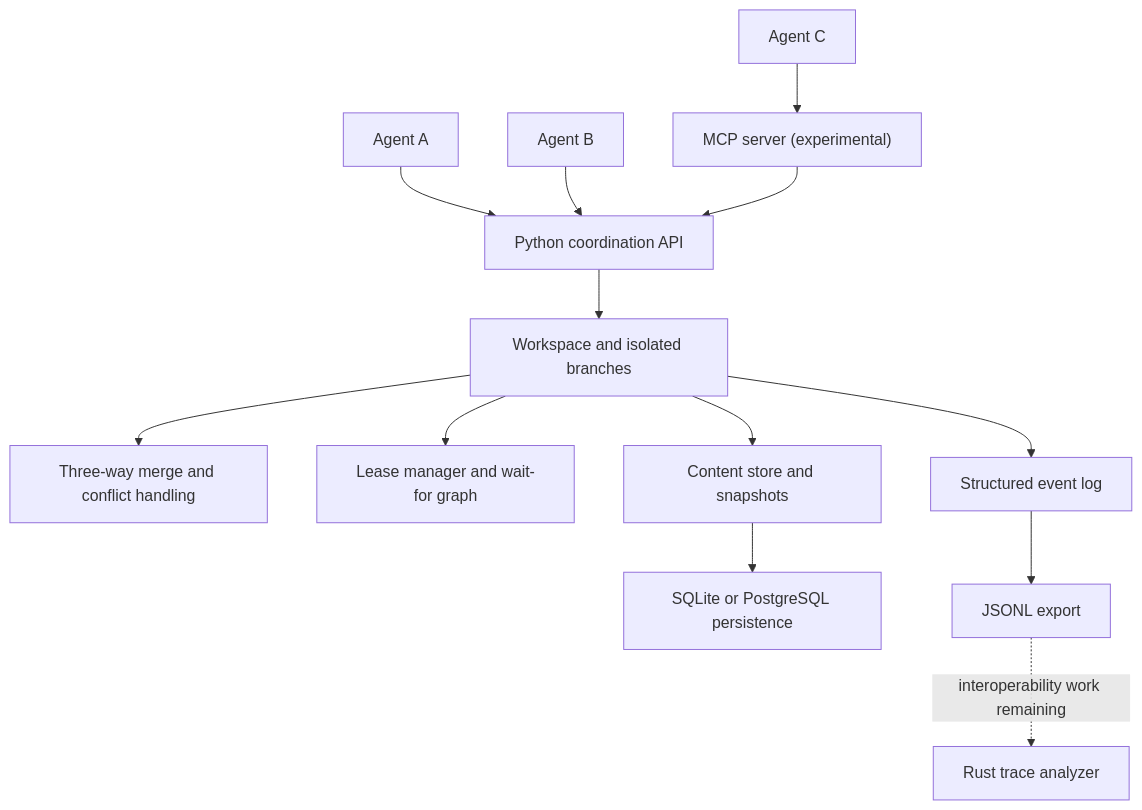
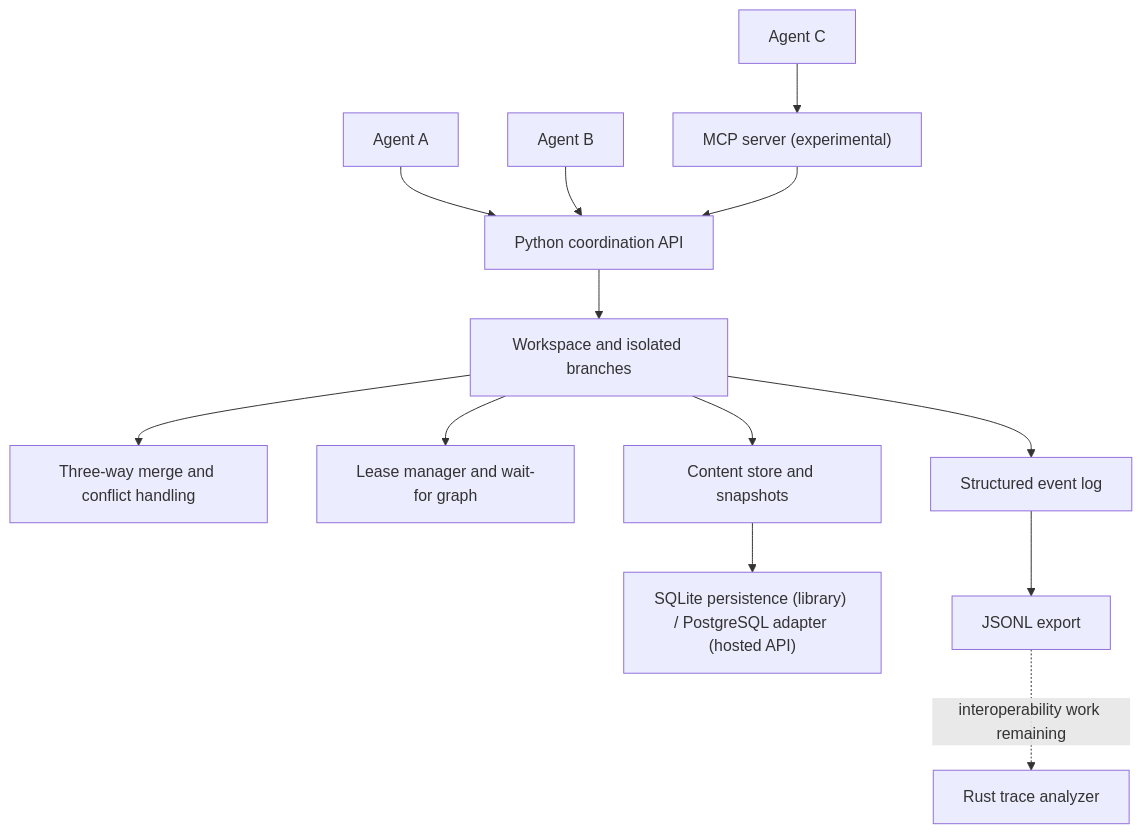
The diagram in README.md (chrismsmr-celcom/ActRun), drawn with Mermaid before and after one commit. The commit also changed other lines of this file, not shown here.

Commit message:
docs: explain hosted REST API and clarify implementation boundaries

````diff
--- a/README.md
+++ b/README.md
@@ -232,15 +261,15 @@
 ```mermaid
 flowchart TD
     A1["Agent A"] --> SDK["Python coordination API"]
     A2["Agent B"] --> SDK
     A3["Agent C"] --> MCP["MCP server (experimental)"]
     MCP --> SDK
     SDK --> WS["Workspace and isolated branches"]
     WS --> MERGE["Three-way merge and conflict handling"]
     WS --> LEASE["Lease manager and wait-for graph"]
     WS --> LOG["Structured event log"]
     WS --> STORE["Content store and snapshots"]
-    STORE --> DB["SQLite or PostgreSQL persistence"]
+    STORE --> DB["SQLite persistence (library) / PostgreSQL adapter (hosted API)"]
     LOG --> JSONL["JSONL export"]
     JSONL -. "interoperability work remaining" .-> RUST["Rust trace analyzer"]
 ```
````
